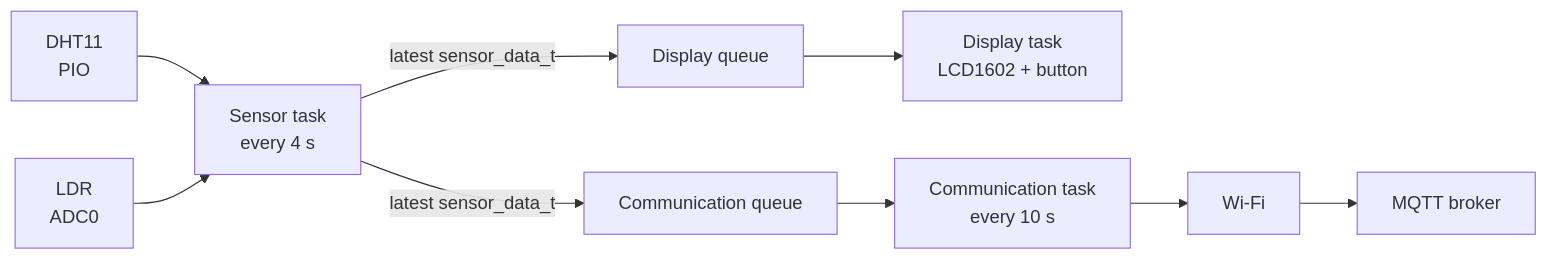
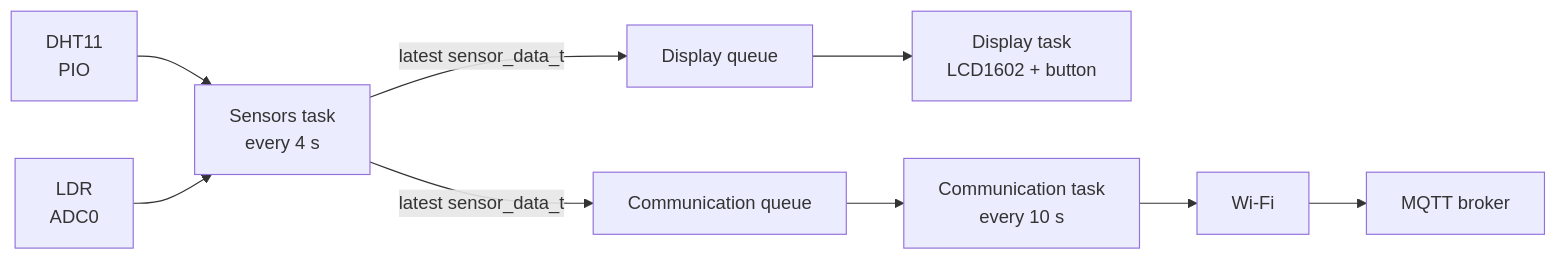
Before and after one commit to Linsisa/pico-weather-station: the diagram in readme.md, drawn with Mermaid. The commit also changed other lines of this file, not shown here.

````diff
--- a/readme.md
+++ b/readme.md
@@ -67,11 +56,11 @@
 ```mermaid
 flowchart LR
-		DHT[DHT11<br/>PIO] --> S[Sensor task<br/>every 4 s]
+		DHT[DHT11<br/>PIO] --> S[Sensors task<br/>every 4 s]
 		LDR[LDR<br/>ADC0] --> S
 		S -->|latest sensor_data_t| QD[Display queue]
 		S -->|latest sensor_data_t| QC[Communication queue]
 		QD --> D[Display task<br/>LCD1602 + button]
 		QC --> C[Communication task<br/>every 10 s]
 		C --> W[Wi-Fi]
 		W --> M[MQTT broker]
 ```
````
